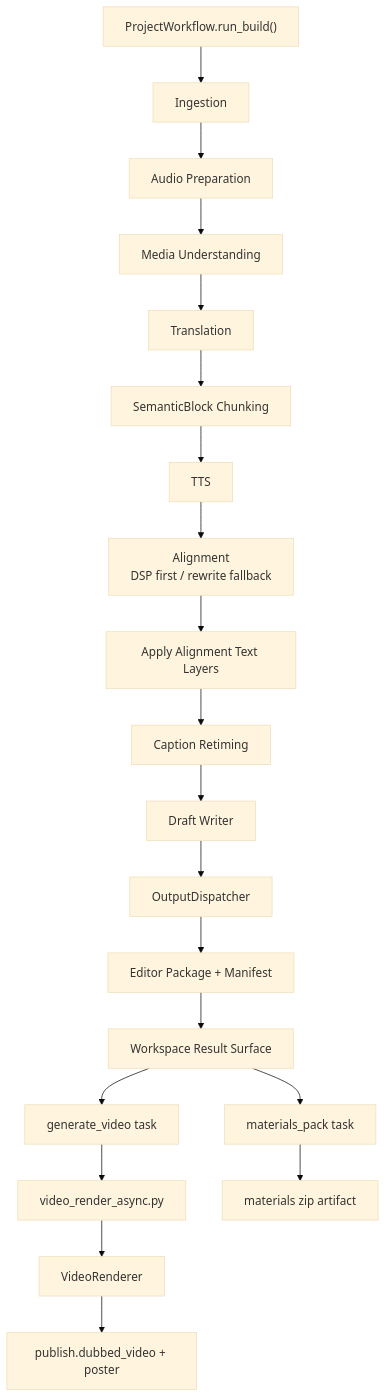
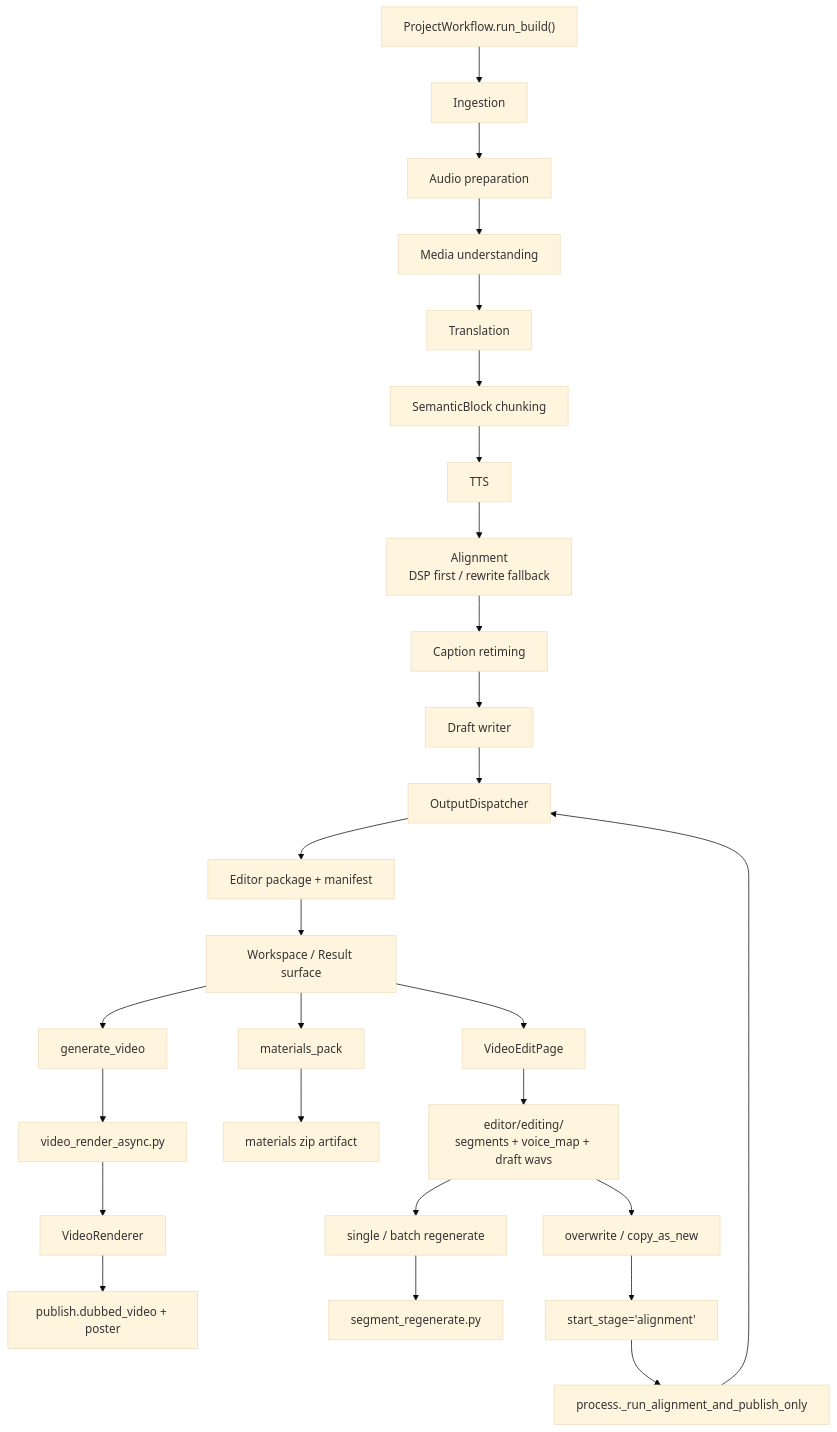
One commit to sun9bear/AITransVideo changed the diagram in docs/graphs/GITNEXUS_WORKFLOW_CORE_GRAPH.md. Above: the diagram before and after it, drawn with Mermaid (base theme). The commit also changed other lines of this file and 208 other files, not shown here.

````diff
--- a/docs/graphs/GITNEXUS_WORKFLOW_CORE_GRAPH.md
+++ b/docs/graphs/GITNEXUS_WORKFLOW_CORE_GRAPH.md
@@ -16,25 +17,33 @@
 ```mermaid
 graph TD
     Entry["ProjectWorkflow.run_build()"] --> Ingestion["Ingestion"]
-    Ingestion --> AudioPrep["Audio Preparation"]
-    AudioPrep --> Media["Media Understanding"]
+    Ingestion --> AudioPrep["Audio preparation"]
+    AudioPrep --> Media["Media understanding"]
     Media --> Translation["Translation"]
-    Translation --> Chunking["SemanticBlock Chunking"]
+    Translation --> Chunking["SemanticBlock chunking"]
     Chunking --> TTS["TTS"]
     TTS --> Alignment["Alignment<br/>DSP first / rewrite fallback"]
-    Alignment --> Layering["Apply Alignment Text Layers"]
-    Layering --> Retiming["Caption Retiming"]
-    Retiming --> Draft["Draft Writer"]
+    Alignment --> Retiming["Caption retiming"]
+    Retiming --> Draft["Draft writer"]
     Draft --> Dispatcher["OutputDispatcher"]
-    Dispatcher --> Editor["Editor Package + Manifest"]
+    Dispatcher --> Editor["Editor package + manifest"]
 
-    Editor --> Workspace["Workspace Result Surface"]
-    Workspace --> PackTask["materials_pack task"]
-    Workspace --> VideoTask["generate_video task"]
+    Editor --> Workspace["Workspace / Result surface"]
+    Workspace --> PackTask["materials_pack"]
+    Workspace --> VideoTask["generate_video"]
+    Workspace --> EditPage["VideoEditPage"]
 
     VideoTask --> RenderAsync["video_render_async.py"]
     RenderAsync --> Renderer["VideoRenderer"]
     Renderer --> PublishVideo["publish.dubbed_video + poster"]
 
     PackTask --> PackZip["materials zip artifact"]
+
+    EditPage --> Editing["editor/editing/<br/>segments + voice_map + draft wavs"]
+    Editing --> SingleRegen["single / batch regenerate"]
+    SingleRegen --> SegmentRegen["segment_regenerate.py"]
+    Editing --> Commit["overwrite / copy_as_new"]
+    Commit --> Resume["start_stage='alignment'"]
+    Resume --> AlignmentOnly["process._run_alignment_and_publish_only"]
+    AlignmentOnly --> Dispatcher
 ```
````
